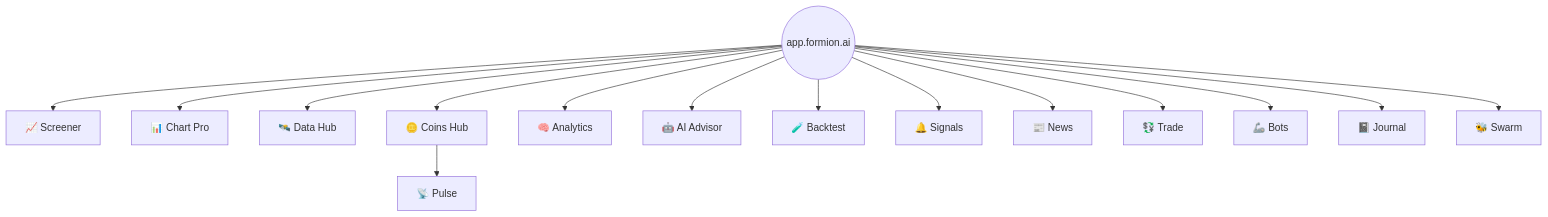
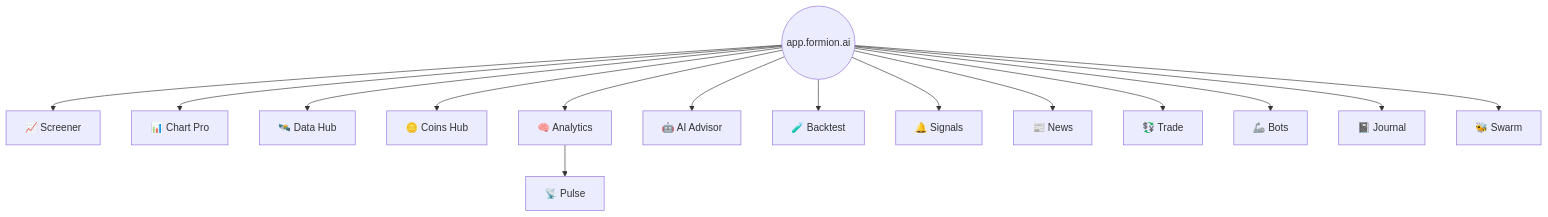
The diagram in the-app.md (formionai/docs), drawn with Mermaid before and after one commit.

Commit message:
docs: the-app diagram — Pulse sits under Analytics, not Coins Hub

````diff
--- a/the-app.md
+++ b/the-app.md
@@ -15,17 +15,17 @@
 ```mermaid
 flowchart TD
   APP(("app.formion.ai")) --> S["📈 Screener"]
   APP --> C["📊 Chart Pro"]
   APP --> D["🛰️ Data Hub"]
   APP --> CH["🪙 Coins Hub"]
-  CH --> PU["📡 Pulse"]
   APP --> AN["🧠 Analytics"]
+  AN --> PU["📡 Pulse"]
   APP --> AI["🤖 AI Advisor"]
   APP --> BT["🧪 Backtest"]
   APP --> SG["🔔 Signals"]
   APP --> NW["📰 News"]
   APP --> TR["💱 Trade"]
   APP --> BO["🦾 Bots"]
   APP --> JR["📓 Journal"]
   APP --> SW["🐝 Swarm"]
 ```
````
